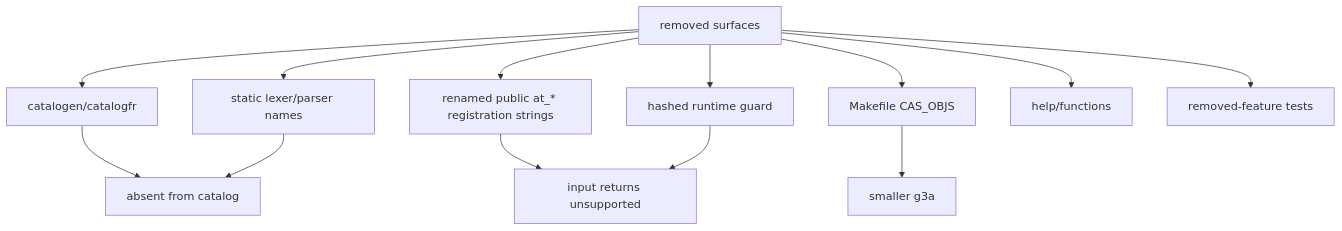
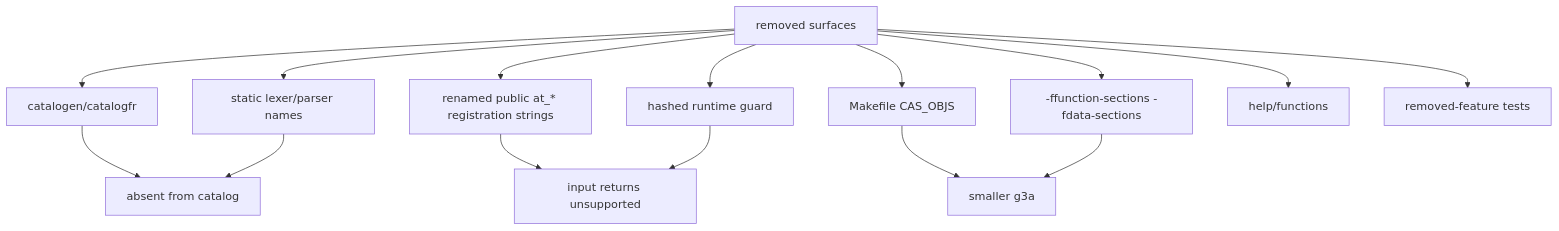
The fourth of 7 diagrams in docs/GRAPH.md (james8464/notes-addin-casio-fx-cg50), drawn with Mermaid before and after one commit. The commit also changed other lines of this file and 2 other files, not shown here.

````diff
--- a/docs/GRAPH.md
+++ b/docs/GRAPH.md
@@ -61,16 +61,18 @@
 ```mermaid
 graph TD
   Remove["removed surfaces"] --> Cat["catalogen/catalogfr"]
   Remove --> Lex["static lexer/parser names"]
   Remove --> Eval["renamed public at_* registration strings"]
   Remove --> Hash["hashed runtime guard"]
   Remove --> Obj["Makefile CAS_OBJS"]
+  Remove --> Sec["-ffunction-sections -fdata-sections"]
   Remove --> Help["help/functions"]
   Remove --> Tests["removed-feature tests"]
 
   Cat --> Gate["absent from catalog"]
   Lex --> Gate
   Eval --> Gate2["input returns unsupported"]
   Hash --> Gate2
   Obj --> Size["smaller g3a"]
+  Sec --> Size
 ```
````
